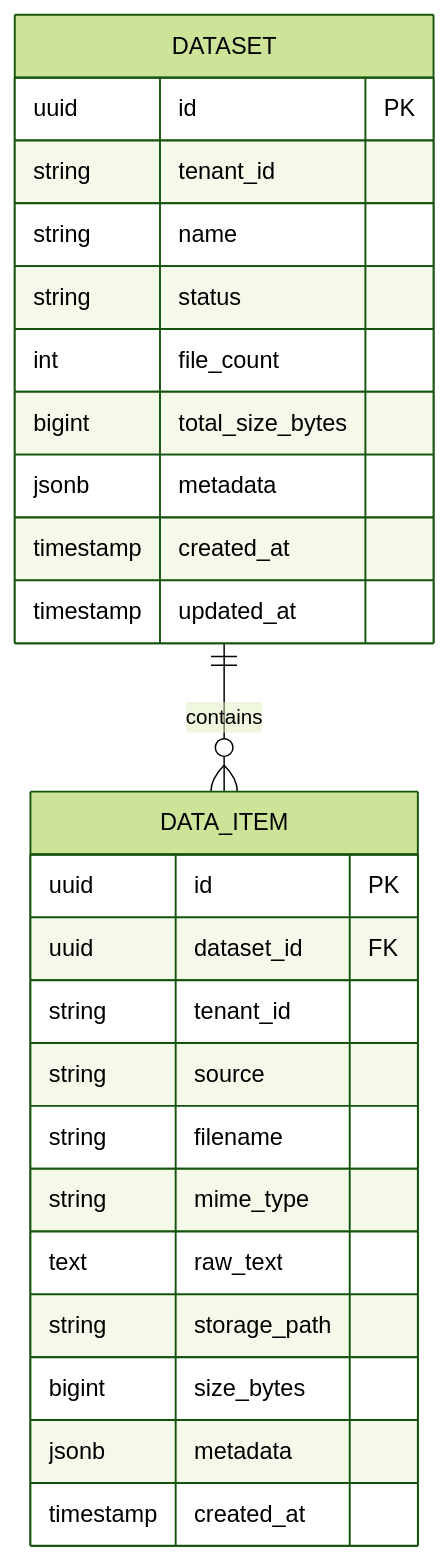
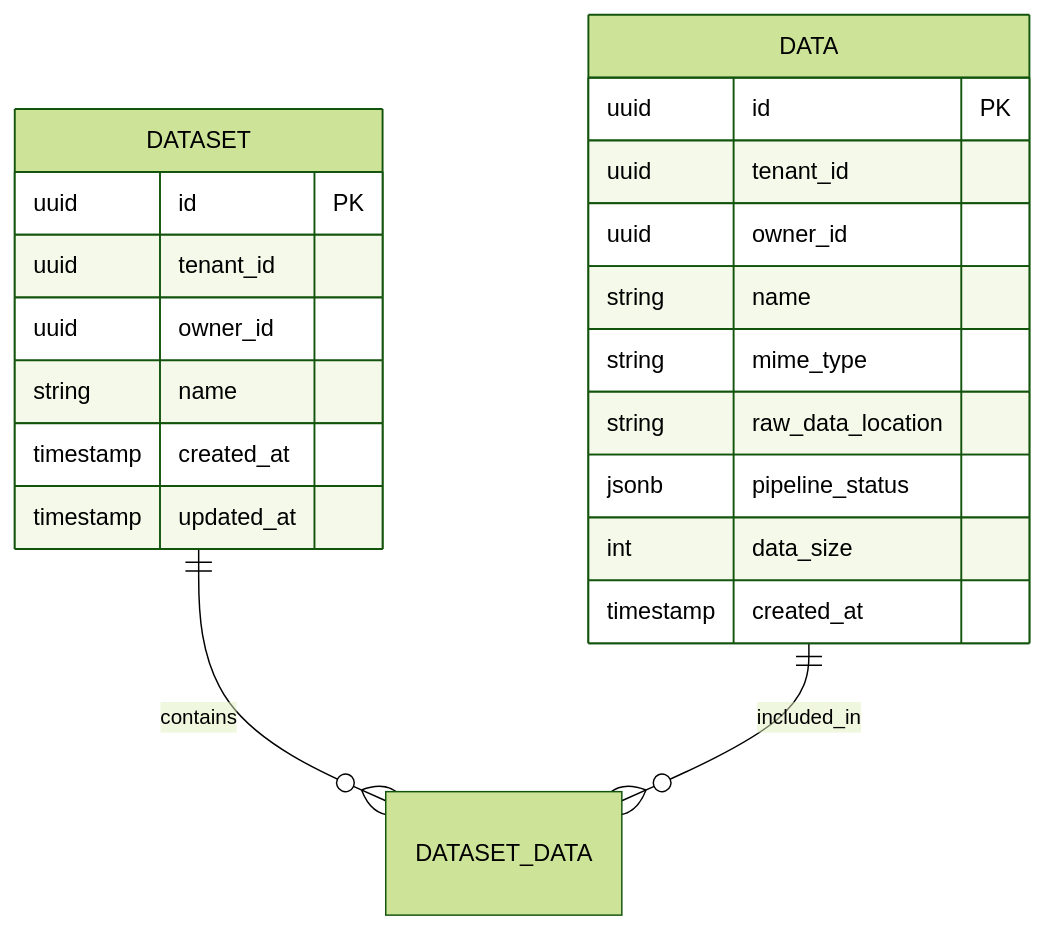
Before and after one commit to blcvn/knowledge-gateway: the diagram in services/cognee-ingestion/docs/data-model.md, drawn with Mermaid (forest theme). The commit also changed other lines of this file and 1253 other files, not shown here.

````diff
--- a/services/cognee-ingestion/docs/data-model.md
+++ b/services/cognee-ingestion/docs/data-model.md
@@ -48,28 +64,24 @@
 ```mermaid
 erDiagram
-    DATASET ||--o{ DATA_ITEM : contains
+    DATASET ||--o{ DATASET_DATA : contains
+    DATA ||--o{ DATASET_DATA : included_in
     DATASET {
         uuid id PK
-        string tenant_id
+        uuid tenant_id
+        uuid owner_id
         string name
-        string status
-        int file_count
-        bigint total_size_bytes
-        jsonb metadata
         timestamp created_at
         timestamp updated_at
     }
-    DATA_ITEM {
+    DATA {
         uuid id PK
-        uuid dataset_id FK
-        string tenant_id
-        string source
-        string filename
+        uuid tenant_id
+        uuid owner_id
+        string name
         string mime_type
-        text raw_text
-        string storage_path
-        bigint size_bytes
-        jsonb metadata
+        string raw_data_location
+        jsonb pipeline_status
+        int data_size
         timestamp created_at
     }
 ```
````
